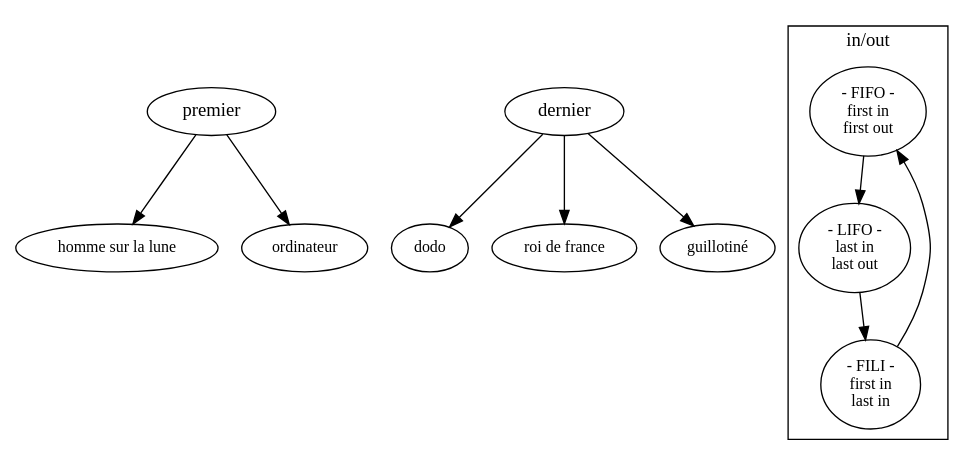
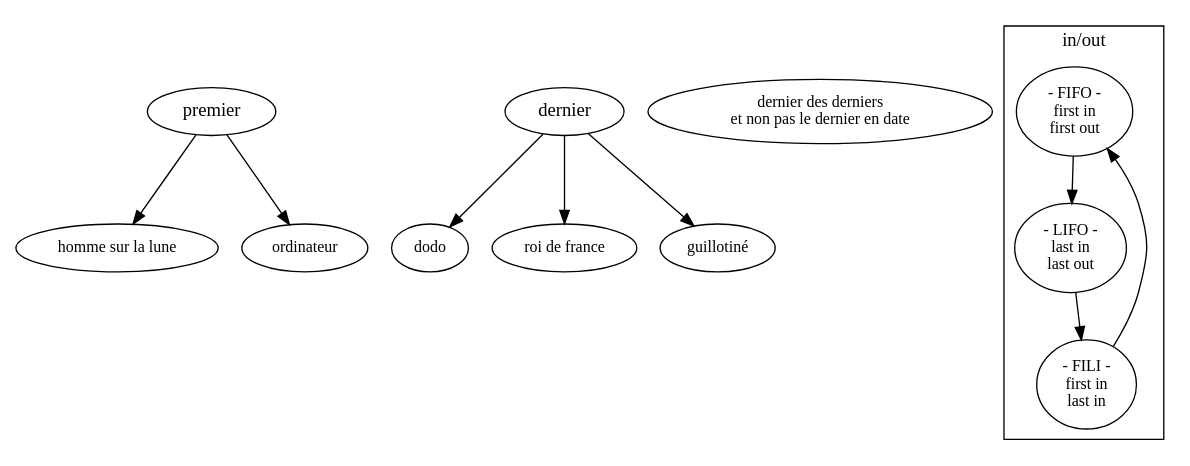
The diagram in sujet.dot (ensad-nancy/first-last), drawn with Graphviz before and after one commit.

Commit message:
+ +	"dernier des derniers\n et non pas le dernier en date"

```diff
--- a/sujet.dot
+++ b/sujet.dot
@@ -1,30 +1,32 @@
 digraph {
 
 	first [label="premier"]
 	last [label="dernier"]
 	
 	fontname="myriadpro"
 	fontsize = 14
 	
 	node [fontname="myriadpro", fontsize = 12]
 	edge [fontname="monaco", fontsize = 10]
+		
+	"dernier des derniers\n et non pas le dernier en date" 
 
 	first -> "homme sur la lune"
 	first -> "ordinateur"
 	
 	last -> dodo
 	last -> "roi de france"
 	last -> "guillotiné"
 
 	subgraph cluster_FO{
 	
 		label="in/out"
 		
 		FIFO [label="- FIFO -\nfirst in\nfirst out"]
 		LIFO [label="- LIFO -\nlast in\nlast out"]
 		FILI [label="- FILI -\nfirst in\n last in"]
 
 		FILI -> FIFO -> LIFO -> FILI
 	}
 	
 }
```
